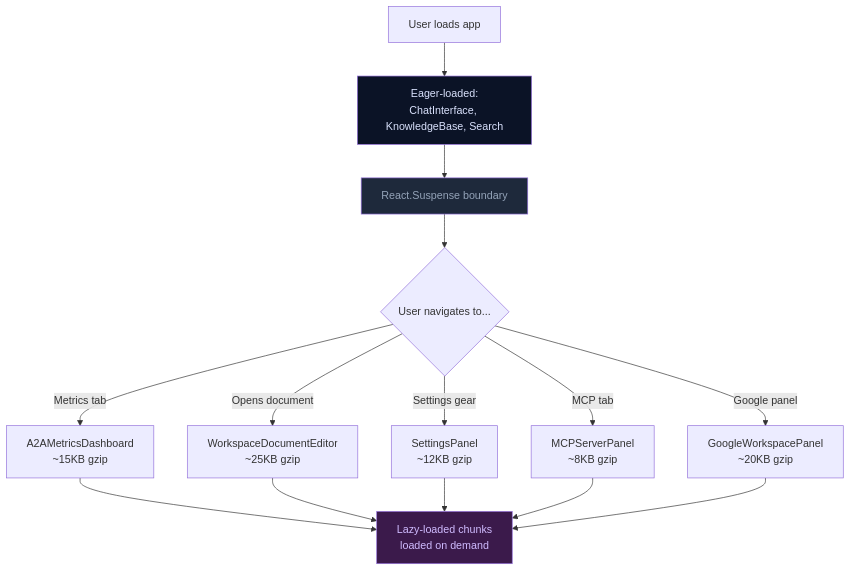
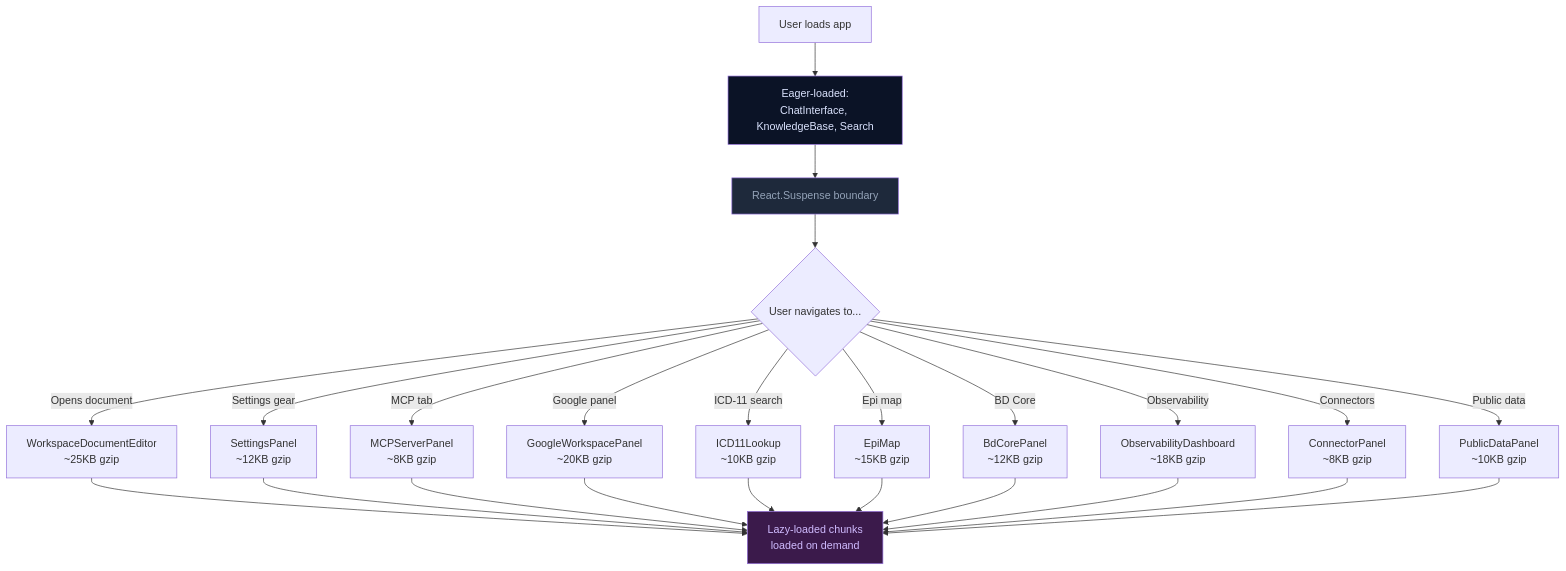
The diagram in docs/architecture/004-code-splitting.md (zsdotcom/zs-oks), drawn with Mermaid before and after one commit. The commit also changed other lines of this file and 23 other files, not shown here.

````diff
--- a/docs/architecture/004-code-splitting.md
+++ b/docs/architecture/004-code-splitting.md
@@ -12,22 +12,32 @@
 ```mermaid
 flowchart TD
     Start[User loads app] --> Eager[Eager-loaded:<br/>ChatInterface, KnowledgeBase, Search]
     Eager --> Suspense[React.Suspense boundary]
 
     Suspense --> Choice{User navigates to...}
-    Choice -->|Metrics tab| M[A2AMetricsDashboard<br/>~15KB gzip]
     Choice -->|Opens document| D[WorkspaceDocumentEditor<br/>~25KB gzip]
     Choice -->|Settings gear| S[SettingsPanel<br/>~12KB gzip]
     Choice -->|MCP tab| P[MCPServerPanel<br/>~8KB gzip]
     Choice -->|Google panel| G[GoogleWorkspacePanel<br/>~20KB gzip]
+    Choice -->|ICD-11 search| I[ICD11Lookup<br/>~10KB gzip]
+    Choice -->|Epi map| E[EpiMap<br/>~15KB gzip]
+    Choice -->|BD Core| B[BdCorePanel<br/>~12KB gzip]
+    Choice -->|Observability| O[ObservabilityDashboard<br/>~18KB gzip]
+    Choice -->|Connectors| C[ConnectorPanel<br/>~8KB gzip]
+    Choice -->|Public data| Pub[PublicDataPanel<br/>~10KB gzip]
 
-    M --> Loaded[Lazy-loaded chunks<br/>loaded on demand]
-    D --> Loaded
+    D --> Loaded[Lazy-loaded chunks<br/>loaded on demand]
     S --> Loaded
     P --> Loaded
     G --> Loaded
+    I --> Loaded
+    E --> Loaded
+    B --> Loaded
+    O --> Loaded
+    C --> Loaded
+    Pub --> Loaded
 
     style Eager fill:#0b1326,color:#dae2fd
     style Suspense fill:#1e293b,color:#94a3b8
     style Loaded fill:#3b1a4b,color:#d0bcff
 ```
````
